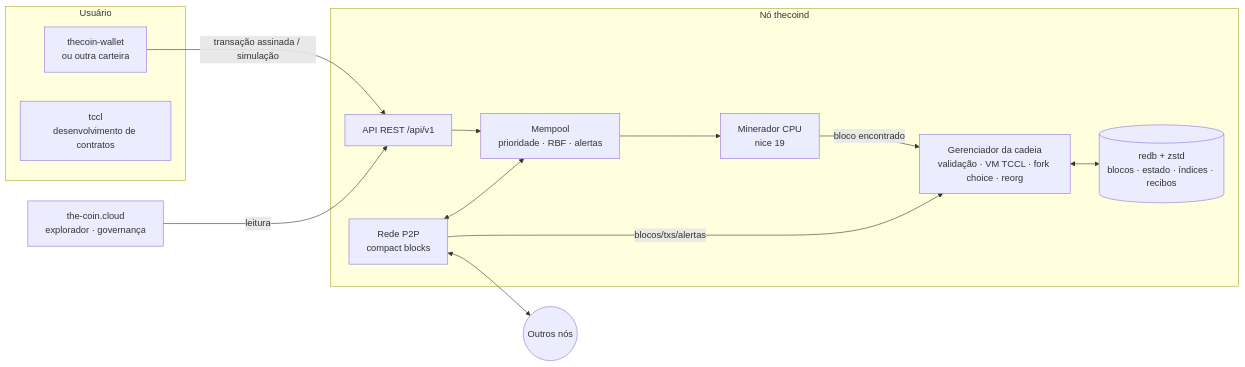
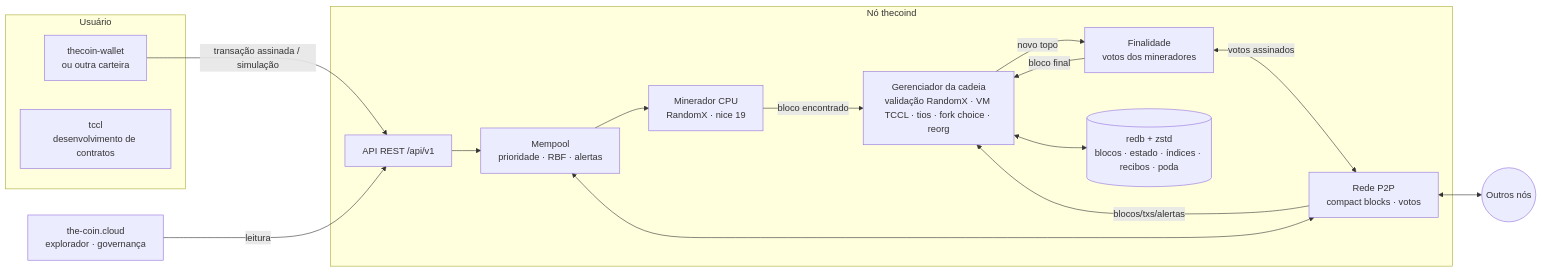
One commit to LucasBolla94/thecoin changed the diagram in README.md. Above: the diagram before and after it, drawn with Mermaid. The commit also changed other lines of this file and 8 other files, not shown here.

````diff
--- a/README.md
+++ b/README.md
@@ -144,27 +172,31 @@
 ```mermaid
 flowchart LR
     subgraph Usuário
         W[thecoin-wallet<br/>ou outra carteira]
         T[tccl<br/>desenvolvimento de contratos]
     end
     subgraph "Nó thecoind"
         API[API REST /api/v1]
         MP[Mempool<br/>prioridade · RBF · alertas]
-        CH[Gerenciador da cadeia<br/>validação · VM TCCL · fork choice · reorg]
-        DB[(redb + zstd<br/>blocos · estado · índices · recibos)]
-        MN[Minerador CPU<br/>nice 19]
-        P2P[Rede P2P<br/>compact blocks]
+        CH[Gerenciador da cadeia<br/>validação RandomX · VM TCCL · tios · fork choice · reorg]
+        FN[Finalidade<br/>votos dos mineradores]
+        DB[(redb + zstd<br/>blocos · estado · índices · recibos · poda)]
+        MN[Minerador CPU<br/>RandomX · nice 19]
+        P2P[Rede P2P<br/>compact blocks · votos]
     end
     SITE[the-coin.cloud<br/>explorador · governança]
     PEERS((Outros nós))
 
     W -- transação assinada / simulação --> API
     SITE -- leitura --> API
     API --> MP
     MP --> MN
     MN -- bloco encontrado --> CH
     P2P <--> PEERS
     P2P -- blocos/txs/alertas --> CH
     P2P <--> MP
     CH <--> DB
+    CH -- novo topo --> FN
+    FN <-->|votos assinados| P2P
+    FN -- bloco final --> CH
 ```
````
